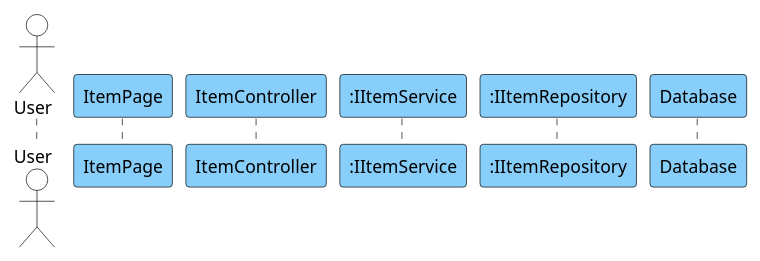
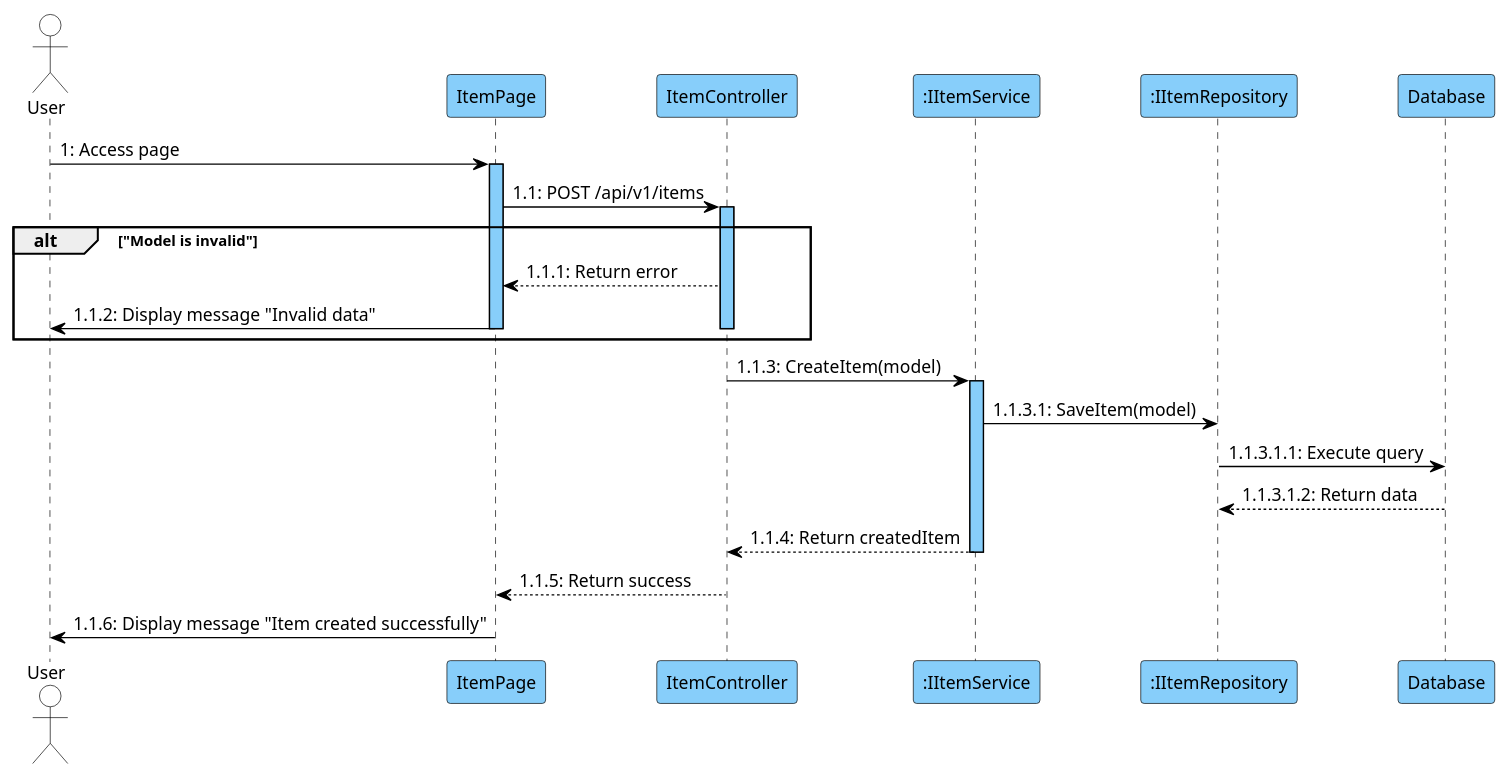
One commit to SOP-SmartOutfitPlanner/sop-api changed the third of 3 diagrams in .github/prompts/draw-sequence-diagram.prompt.md. Above: the diagram before and after it, drawn with PlantUML. The commit also changed other lines of this file, not shown here.

Commit message:
update: instruction for drawing diagram

````diff
--- a/.github/prompts/draw-sequence-diagram.prompt.md
+++ b/.github/prompts/draw-sequence-diagram.prompt.md
@@ -48,50 +153,55 @@
 ```plantuml
 @startuml
 skinparam sequence {
     ParticipantBackgroundColor #87CEFA
     ParticipantBorderColor Black
     ActorBackgroundColor White
     ActorBorderColor Black
     ArrowColor Black
     LifeLineBorderColor Black
     LifeLineBackgroundColor #87CEFA
-
     ParticipantFontName Arial
     ParticipantFontSize 13
     ParticipantFontColor Black
     ActorFontName Arial
     ActorFontSize 13
 }
 
-' Define Participants
+' Participants
 actor "User" as User
 participant "ItemPage" as Page
 participant "ItemController" as Controller
 participant ":IItemService" as Service
 participant ":IItemRepository" as Repo
 participant "Database" as DB
 
-' START SEQUENCE EXAMPLE
-' User -> Page: 1: Access Page
-' activate Page
-' Page -> Controller: 1.1: POST Action
-' activate Controller
+' Example flow
+User -> Page: 1: Access page
+activate Page
 
-'    alt "model.Id == null"
-'        Controller --> Page: 1.1.1: Return error
-'        deactivate Controller
-'        Page -> User: 1.1.2: Display message "Error"
-'    else
-'        ' Happy Path Logic goes here
-'        Controller -> Service: 1.1.3: DoWork()
-'        activate Service
-'        Service --> Controller: 1.1.4: Return result
-'        deactivate Service
-'        Controller --> Page: 1.1.5: Return Success
-'        deactivate Controller
-'        Page -> User: 1.1.6: Display message "Success"
-'    end
+Page -> Controller: 1.1: POST /api/v1/items
+activate Controller
 
-' deactivate Page
+alt "Model is invalid"
+    Controller --> Page: 1.1.1: Return error
+    Page -> User: 1.1.2: Display message "Invalid data"
+    deactivate Controller
+    deactivate Page
+end
+
+' Happy path continues here
+Controller -> Service: 1.1.3: CreateItem(model)
+activate Service
+Service -> Repo: 1.1.3.1: SaveItem(model)
+Repo -> DB: 1.1.3.1.1: Execute query
+DB --> Repo: 1.1.3.1.2: Return data
+Service --> Controller: 1.1.4: Return createdItem
+deactivate Service
+
+Controller --> Page: 1.1.5: Return success
+Page -> User: 1.1.6: Display message "Item created successfully"
+deactivate Controller
+deactivate Page
+
 @enduml
 ```
````
